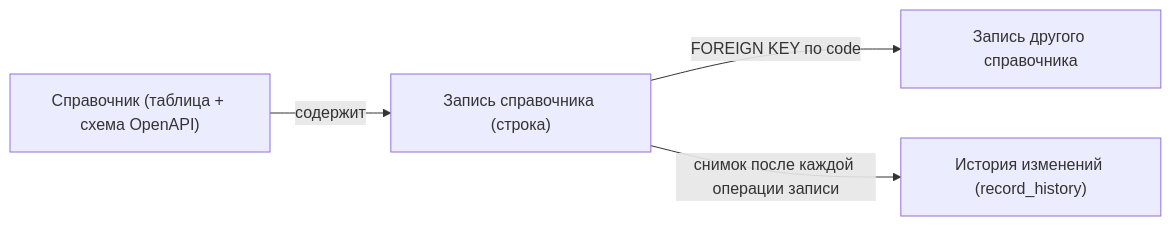
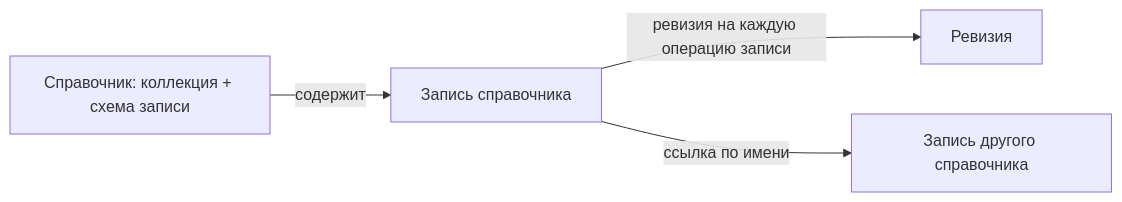
The first of 2 diagrams in reference-manager/docs/block-b-domain-analysis/050.entities.md (MEPhI-C22-501/arch-info-system-monorepo), drawn with Mermaid before and after one commit. The commit also changed other lines of this file and 30 other files, not shown here.

````diff
--- a/reference-manager/docs/block-b-domain-analysis/050.entities.md
+++ b/reference-manager/docs/block-b-domain-analysis/050.entities.md
@@ -10,6 +10,6 @@
 ```mermaid
 flowchart LR
-    CAT["Справочник (таблица + схема OpenAPI)"] -->|"содержит"| REC["Запись справочника (строка)"]
-    REC -->|"FOREIGN KEY по code"| REC2["Запись другого справочника"]
-    REC -->|"снимок после каждой операции записи"| HIST["История изменений (record_history)"]
+    CAT["Справочник: коллекция + схема записи"] -->|"содержит"| REC["Запись справочника"]
+    REC -->|"ревизия на каждую операцию записи"| REV["Ревизия"]
+    REC -->|"ссылка по имени"| REC2["Запись другого справочника"]
 ```
````
